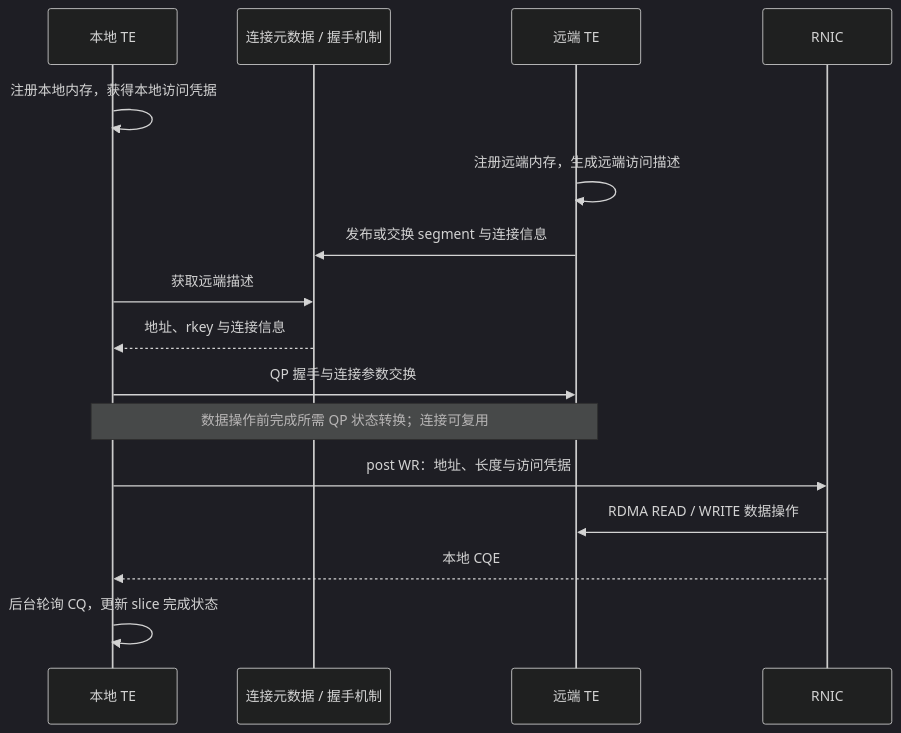
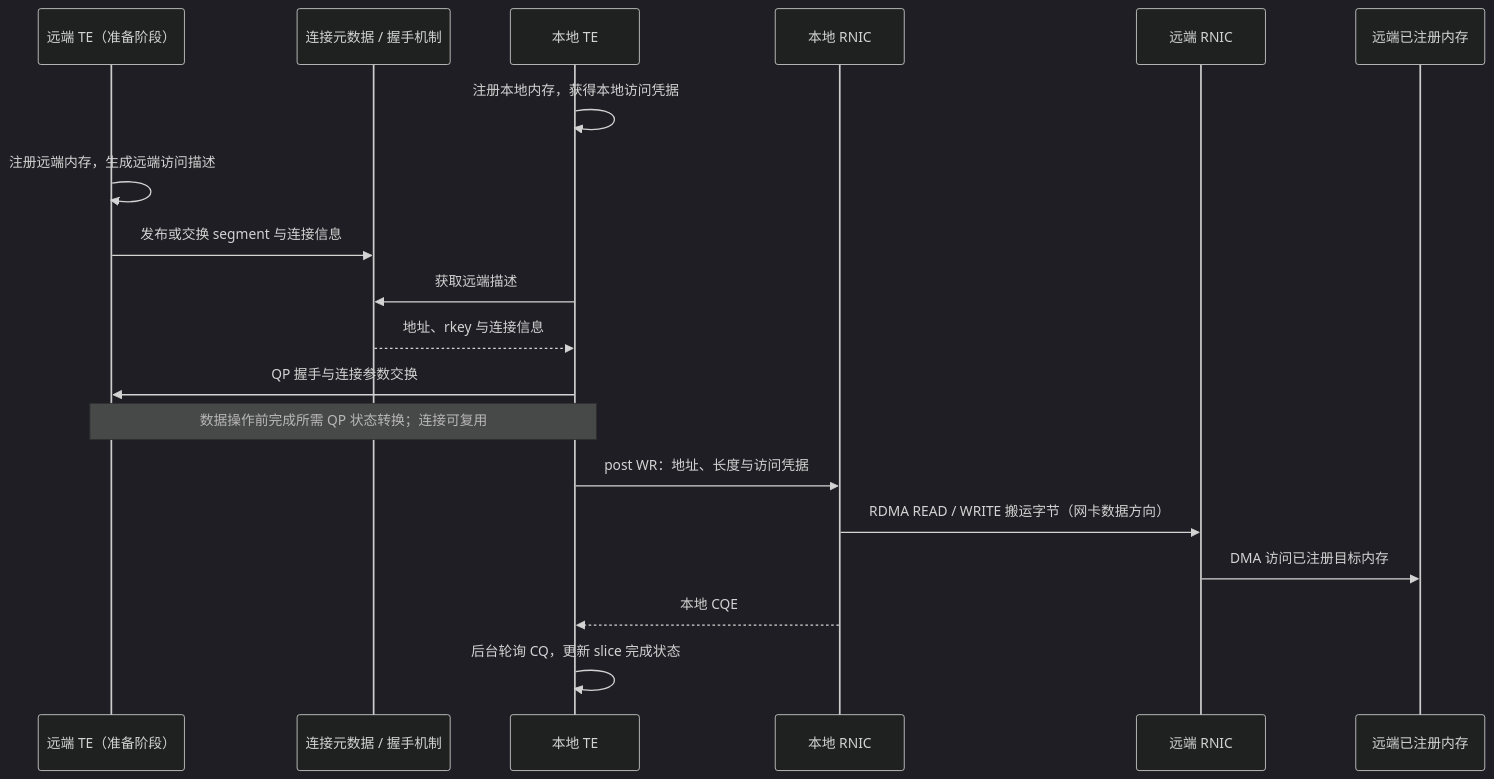
One commit to Hansyangxingxiang/Mooncake changed the first of 2 diagrams in mooncake-kv-cache-series/06-rdma-data-path.md. Above: the diagram before and after it, drawn with Mermaid (dark theme). The commit also changed other lines of this file and 42 other files, not shown here.

````diff
--- a/mooncake-kv-cache-series/06-rdma-data-path.md
+++ b/mooncake-kv-cache-series/06-rdma-data-path.md
@@ -67,18 +67,21 @@
 ```mermaid
 sequenceDiagram
+    participant B as 远端 TE（准备阶段）
+    participant M as 连接元数据 / 握手机制
     participant A as 本地 TE
-    participant M as 连接元数据 / 握手机制
-    participant B as 远端 TE
-    participant N as RNIC
+    participant N as 本地 RNIC
+    participant RN as 远端 RNIC
+    participant RM as 远端已注册内存
     A->>A: 注册本地内存，获得本地访问凭据
     B->>B: 注册远端内存，生成远端访问描述
     B->>M: 发布或交换 segment 与连接信息
     A->>M: 获取远端描述
     M-->>A: 地址、rkey 与连接信息
     A->>B: QP 握手与连接参数交换
     Note over A,B: 数据操作前完成所需 QP 状态转换；连接可复用
     A->>N: post WR：地址、长度与访问凭据
-    N->>B: RDMA READ / WRITE 数据操作
+    N->>RN: RDMA READ / WRITE 搬运字节（网卡数据方向）
+    RN->>RM: DMA 访问已注册目标内存
     N-->>A: 本地 CQE
     A->>A: 后台轮询 CQ，更新 slice 完成状态
 ```
````
